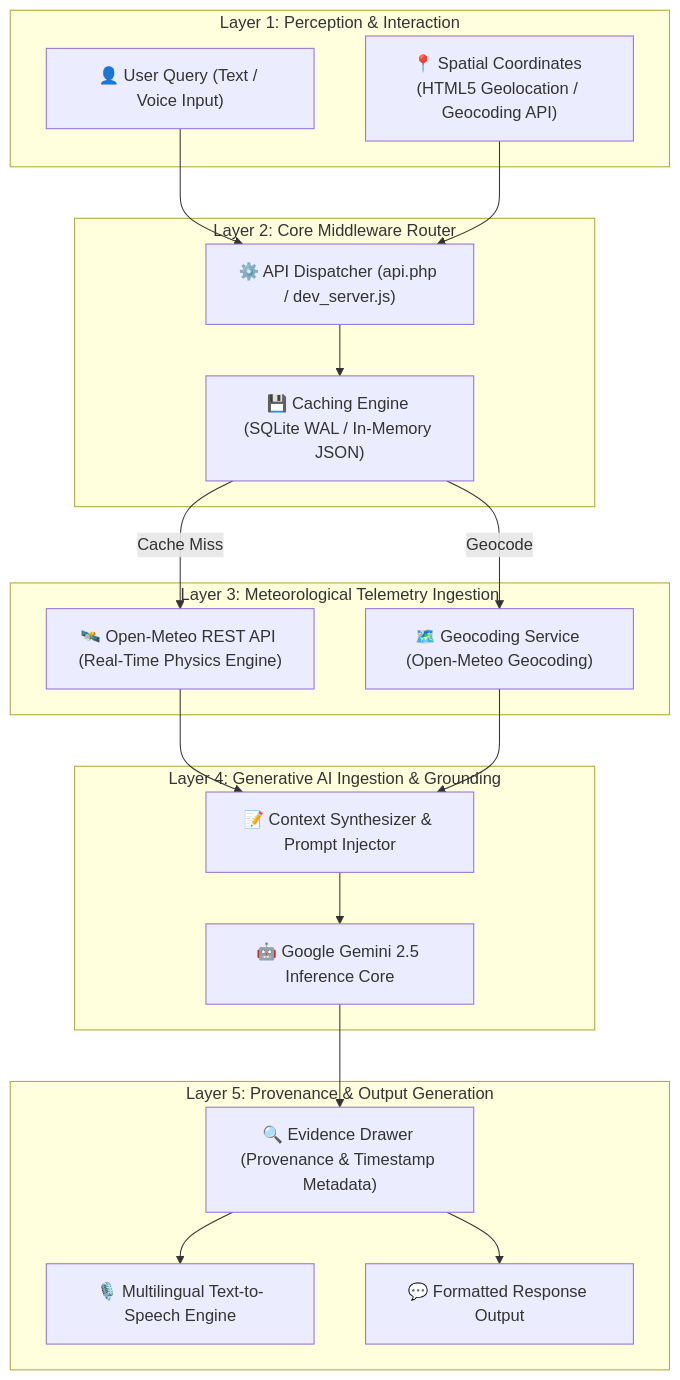
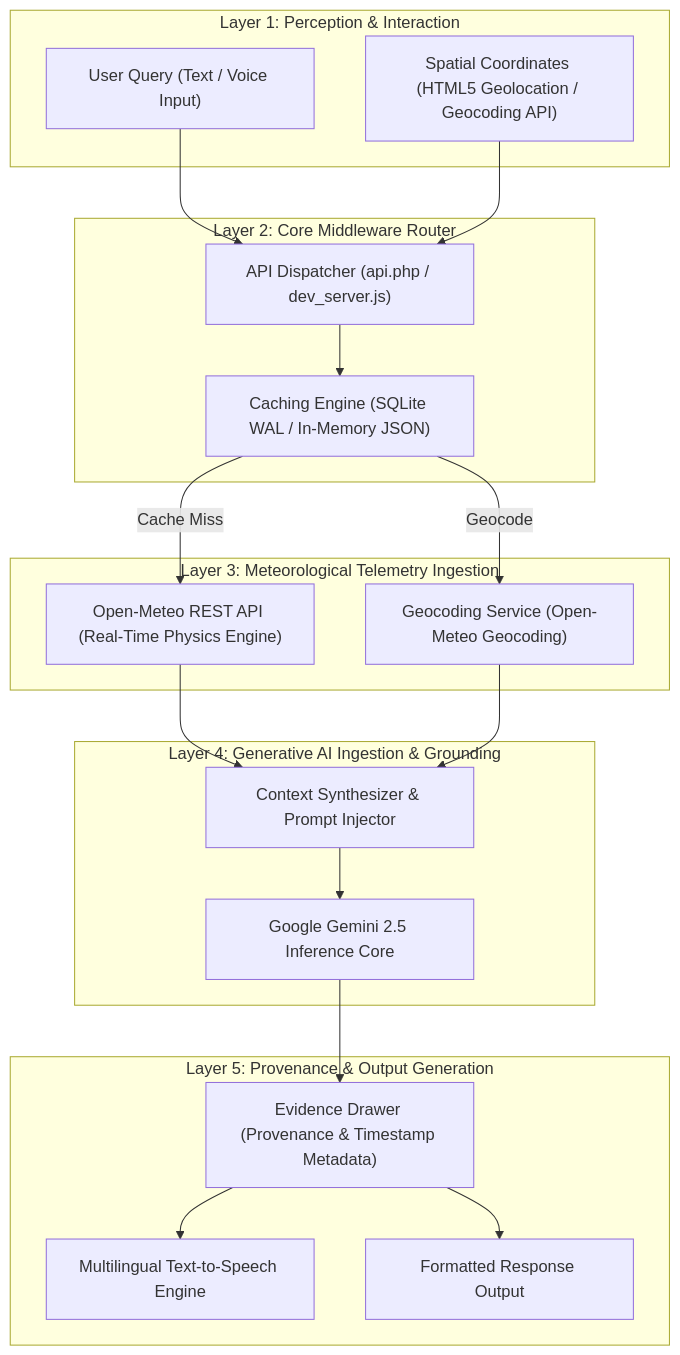
One commit to SohamBirenKatlariwala/WeatherGPT changed the diagram in README.md. Above: the diagram before and after it, drawn with Mermaid. The commit also changed other lines of this file, not shown here.

````diff
--- a/README.md
+++ b/README.md
@@ -68,40 +68,40 @@
 ```mermaid
 graph TD
     subgraph Layer 1: Perception & Interaction
-        U["👤 User Query (Text / Voice Input)"]
-        G["📍 Spatial Coordinates (HTML5 Geolocation / Geocoding API)"]
+        U["User Query (Text / Voice Input)"]
+        G["Spatial Coordinates (HTML5 Geolocation / Geocoding API)"]
     end
 
     subgraph Layer 2: Core Middleware Router
-        R["⚙️ API Dispatcher (api.php / dev_server.js)"]
-        C["💾 Caching Engine (SQLite WAL / In-Memory JSON)"]
+        R["API Dispatcher (api.php / dev_server.js)"]
+        C["Caching Engine (SQLite WAL / In-Memory JSON)"]
     end
 
     subgraph Layer 3: Meteorological Telemetry Ingestion
-        OM["🛰️ Open-Meteo REST API (Real-Time Physics Engine)"]
-        GEO["🗺️ Geocoding Service (Open-Meteo Geocoding)"]
+        OM["Open-Meteo REST API (Real-Time Physics Engine)"]
+        GEO["Geocoding Service (Open-Meteo Geocoding)"]
     end
 
     subgraph Layer 4: Generative AI Ingestion & Grounding
-        GEM["🤖 Google Gemini 2.5 Inference Core"]
-        CTX["📝 Context Synthesizer & Prompt Injector"]
+        GEM["Google Gemini 2.5 Inference Core"]
+        CTX["Context Synthesizer & Prompt Injector"]
     end
 
     subgraph Layer 5: Provenance & Output Generation
-        E["🔍 Evidence Drawer (Provenance & Timestamp Metadata)"]
-        TTS["🎙️ Multilingual Text-to-Speech Engine"]
-        RESP["💬 Formatted Response Output"]
+        E["Evidence Drawer (Provenance & Timestamp Metadata)"]
+        TTS["Multilingual Text-to-Speech Engine"]
+        RESP["Formatted Response Output"]
     end
 
     U --> R
     G --> R
     R --> C
     C -- Cache Miss --> OM
     C -- Geocode --> GEO
     OM --> CTX
     GEO --> CTX
     CTX --> GEM
     GEM --> E
     E --> RESP
     E --> TTS
 ```
````
